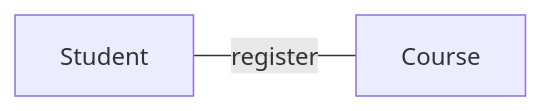
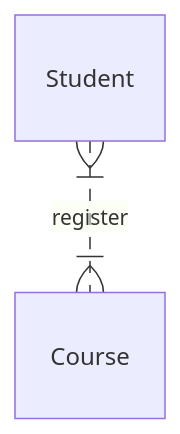
Before and after one commit to CEU-Economics-and-Business/ECBS-5146-Different-Shapes-of-Data: the sixth of 7 diagrams in _episodes/07-modeling.md, drawn with Mermaid. The commit also changed other lines of this file and 1 other file, not shown here.

```diff
--- a/_episodes/07-modeling.md
+++ b/_episodes/07-modeling.md
@@ -159,4 +136,4 @@
 <div class="mermaid">
-graph LR
-    Student ---|register| Course
+erDiagram
+          Student }|..|{ Course : "register"
 </div>
```
